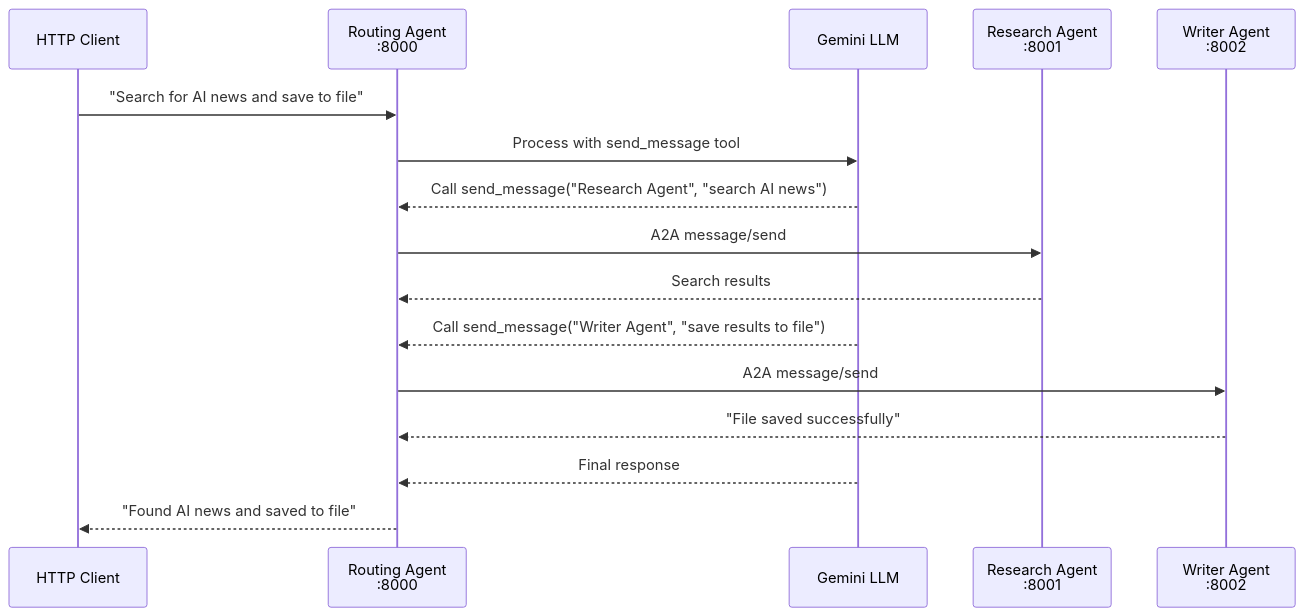
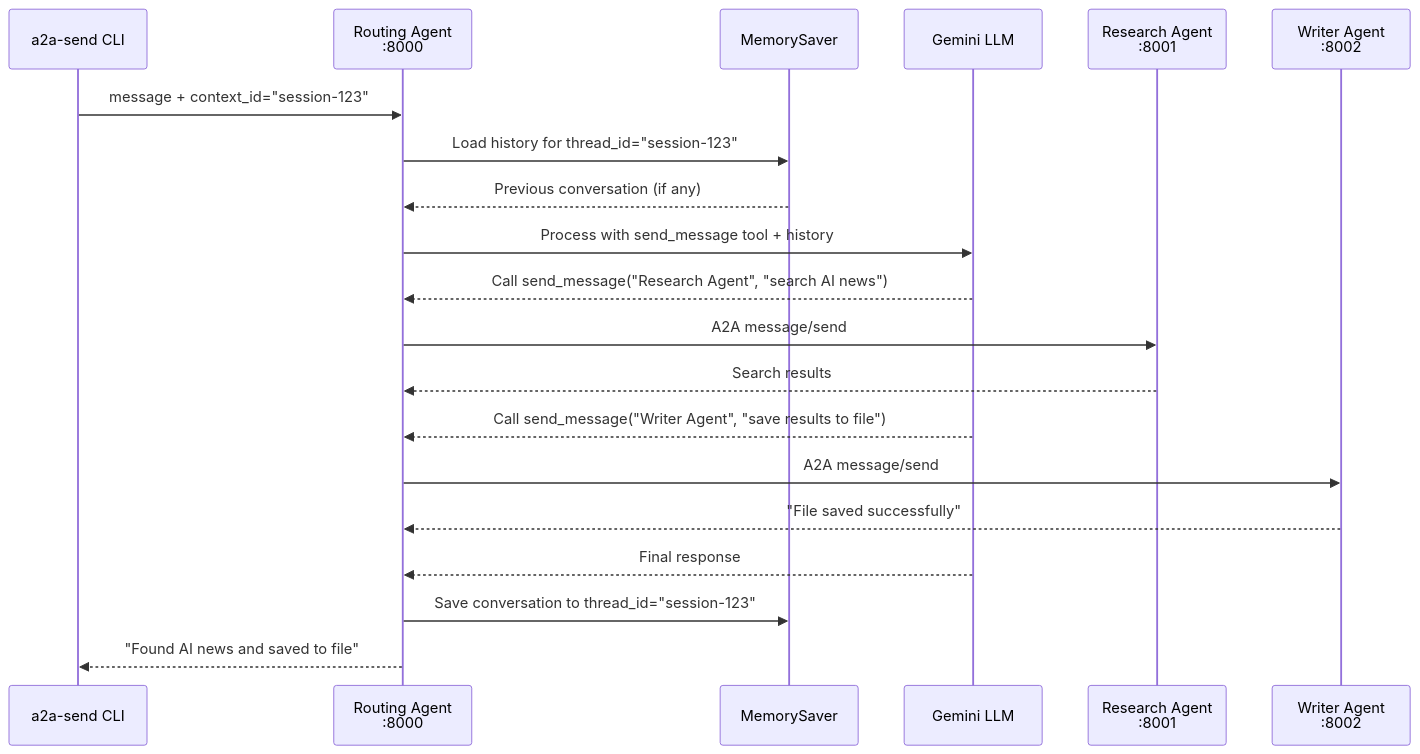
One commit to vidya-hub/a2a-orchestrator changed the third of 4 diagrams in README.md. Above: the diagram before and after it, drawn with Mermaid. The commit also changed other lines of this file and 11 other files, not shown here.

Commit message:
feat: Enhance A2A Demo with session memory and interactive CLI support

````diff
--- a/README.md
+++ b/README.md
@@ -352,24 +435,29 @@
 ```mermaid
 sequenceDiagram
-    participant Client as HTTP Client
+    participant Client as a2a-send CLI
     participant RA as Routing Agent<br/>:8000
+    participant Mem as MemorySaver
     participant LLM as Gemini LLM
     participant ResA as Research Agent<br/>:8001
     participant WA as Writer Agent<br/>:8002
 
-    Client->>RA: "Search for AI news and save to file"
+    Client->>RA: message + context_id="session-123"
     
-    RA->>LLM: Process with send_message tool
+    RA->>Mem: Load history for thread_id="session-123"
+    Mem-->>RA: Previous conversation (if any)
+    
+    RA->>LLM: Process with send_message tool + history
     LLM-->>RA: Call send_message("Research Agent", "search AI news")
     
     RA->>ResA: A2A message/send
     ResA-->>RA: Search results
     
     LLM-->>RA: Call send_message("Writer Agent", "save results to file")
     
     RA->>WA: A2A message/send
     WA-->>RA: "File saved successfully"
     
     LLM-->>RA: Final response
+    RA->>Mem: Save conversation to thread_id="session-123"
     RA-->>Client: "Found AI news and saved to file"
 ```
````
